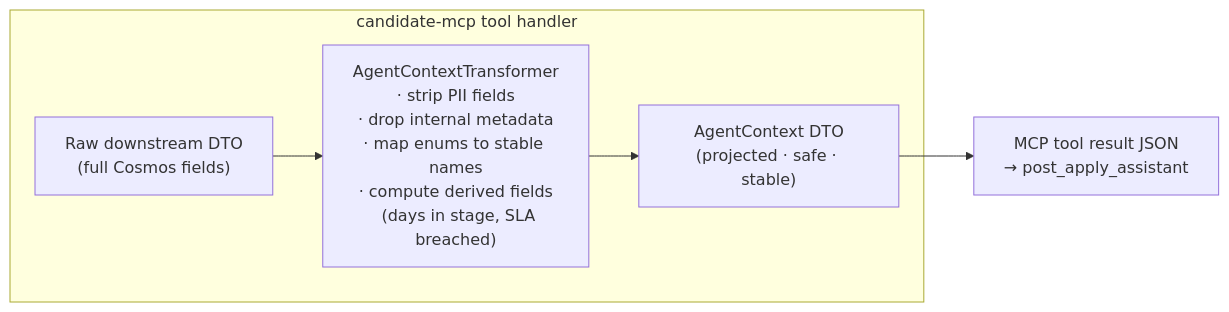
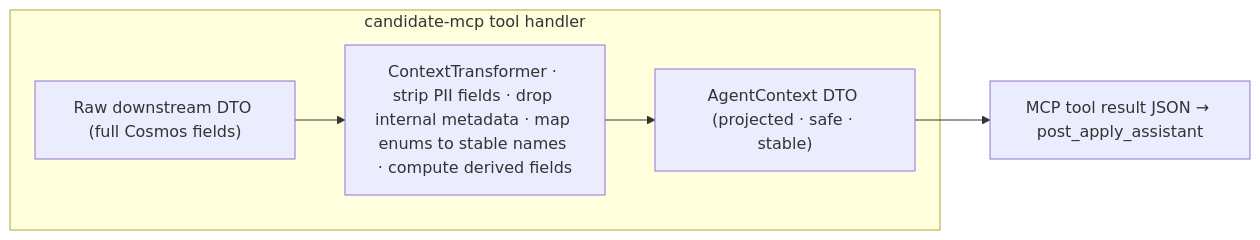
One commit to venkat-raman17/candidate-agent changed the ninth of 35 diagrams in LLD_POST_APPLY_ASSISTANT.md. Above: the diagram before and after it, drawn with Mermaid. The commit also changed other lines of this file, not shown here.

````diff
--- a/LLD_POST_APPLY_ASSISTANT.md
+++ b/LLD_POST_APPLY_ASSISTANT.md
@@ -507,13 +506,13 @@
 ```mermaid
 flowchart LR
     subgraph "candidate-mcp tool handler"
-        RAW_DTO["Raw downstream DTO\n(full Cosmos fields)"]
-        PROJ["AgentContextTransformer\n· strip PII fields\n· drop internal metadata\n· map enums to stable names\n· compute derived fields\n  (days in stage, SLA breached)"]
-        AC["AgentContext DTO\n(projected · safe · stable)"]
+        RAW_DTO["Raw downstream DTO (full Cosmos fields)"]
+        PROJ["ContextTransformer · strip PII fields · drop internal metadata · map enums to stable names · compute derived fields"]
+        AC["AgentContext DTO (projected · safe · stable)"]
 
         RAW_DTO --> PROJ --> AC
     end
 
-    CMCP_OUT["MCP tool result JSON\n→ post_apply_assistant"]
+    CMCP_OUT["MCP tool result JSON → post_apply_assistant"]
     AC --> CMCP_OUT
 ```
````
